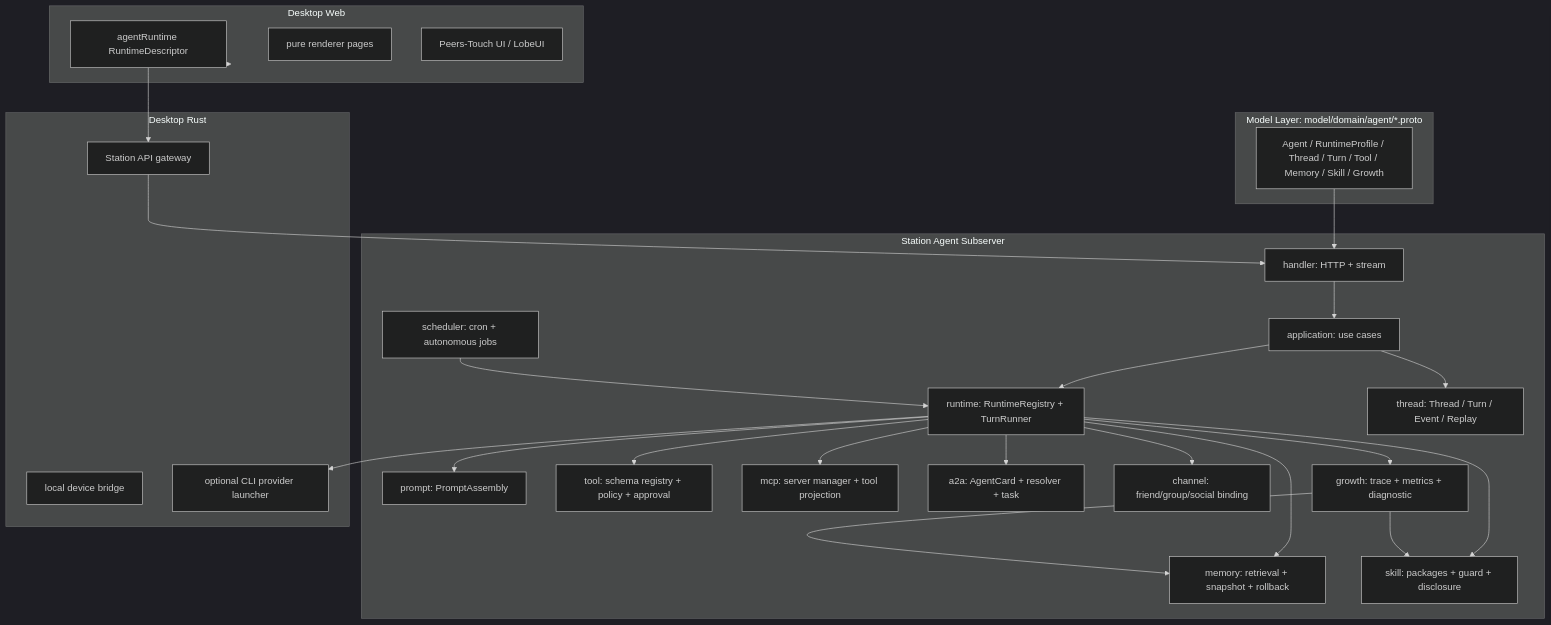
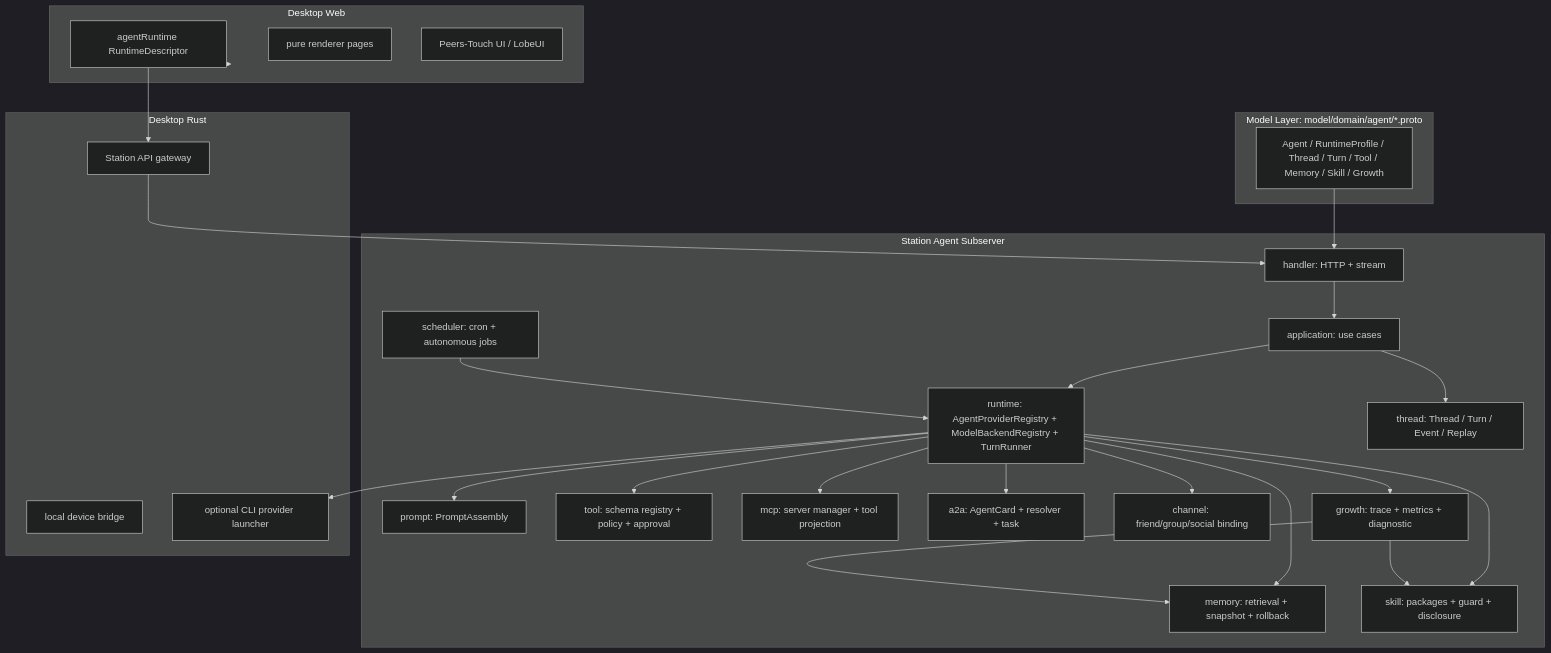
The first of 2 diagrams in docs/architecture/agent/agent-kernel/design.md (peers-labs/peers-touch), drawn with Mermaid (dark theme) before and after one commit. The commit also changed other lines of this file and 9 other files, not shown here.

Commit message:
docs: clarify agent provider abstraction

````diff
--- a/docs/architecture/agent/agent-kernel/design.md
+++ b/docs/architecture/agent/agent-kernel/design.md
@@ -24,54 +24,54 @@
 ```mermaid
 flowchart TB
     subgraph Model["Model Layer: model/domain/agent/*.proto"]
         Proto["Agent / RuntimeProfile / Thread / Turn / Tool / Memory / Skill / Growth"]
     end
 
     subgraph Station["Station Agent Subserver"]
         Handler["handler: HTTP + stream"]
         App["application: use cases"]
-        Runtime["runtime: RuntimeRegistry + TurnRunner"]
+        Runtime["runtime: AgentProviderRegistry + ModelBackendRegistry + TurnRunner"]
         Thread["thread: Thread / Turn / Event / Replay"]
         Prompt["prompt: PromptAssembly"]
         Tool["tool: schema registry + policy + approval"]
         Memory["memory: retrieval + snapshot + rollback"]
         Skill["skill: packages + guard + disclosure"]
         MCP["mcp: server manager + tool projection"]
         A2A["a2a: AgentCard + resolver + task"]
         Channel["channel: friend/group/social binding"]
         Growth["growth: trace + metrics + diagnostic"]
         Scheduler["scheduler: cron + autonomous jobs"]
     end
 
     subgraph Rust["Desktop Rust"]
         Gateway["Station API gateway"]
         Device["local device bridge"]
         LocalProvider["optional CLI provider launcher"]
     end
 
     subgraph Web["Desktop Web"]
         Projection["agentRuntime RuntimeDescriptor"]
         Pages["pure renderer pages"]
         UI["Peers-Touch UI / LobeUI"]
     end
 
     Proto --> Handler
     Handler --> App
     App --> Runtime
     App --> Thread
     Runtime --> Prompt
     Runtime --> Tool
     Runtime --> Memory
     Runtime --> Skill
     Runtime --> MCP
     Runtime --> A2A
     Runtime --> Channel
     Runtime --> Growth
     Scheduler --> Runtime
     Growth --> Memory
     Growth --> Skill
     Web --> Projection
     Projection --> Gateway
     Gateway --> Handler
     Runtime --> LocalProvider
 ```
````
